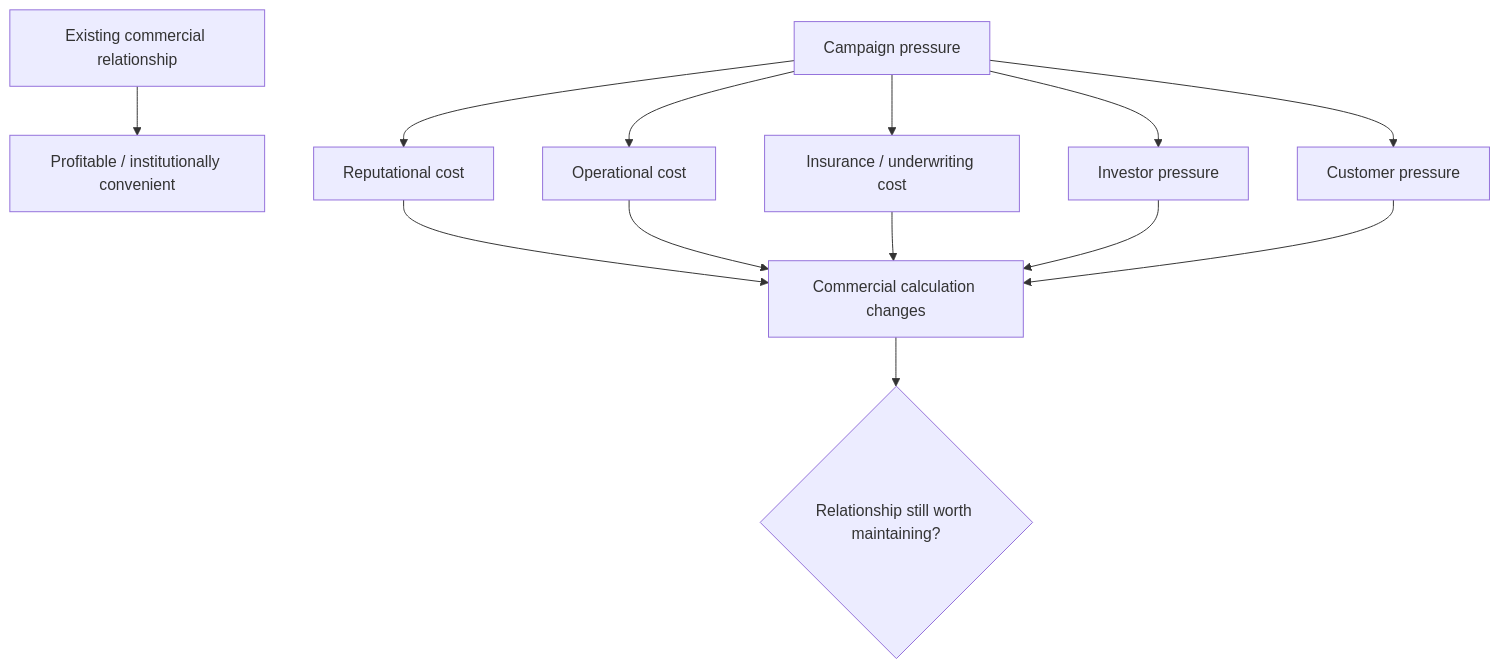
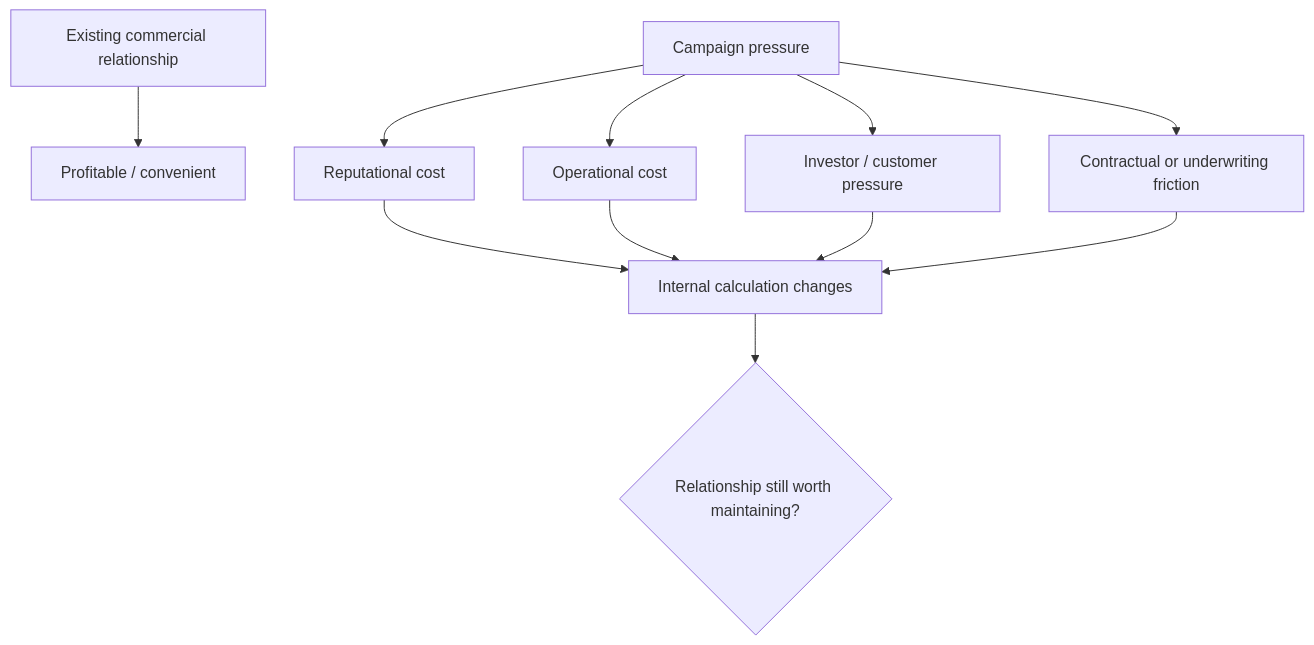
The eighth of 8 diagrams in 🌓_3_In_The_Moment/📲_Press_Matters/🇵🇸_Palestine_Factchecking/🌍_Global_Powers/🎯_what_was_bds_supposed_to_do.md (josefsbreakfast/Polaris-Protocol), drawn with Mermaid before and after one commit. The commit also changed other lines of this file, not shown here.

````diff
--- a/🌓_3_In_The_Moment/📲_Press_Matters/🇵🇸_Palestine_Factchecking/🌍_Global_Powers/🎯_what_was_bds_supposed_to_do.md
+++ b/🌓_3_In_The_Moment/📲_Press_Matters/🇵🇸_Palestine_Factchecking/🌍_Global_Powers/🎯_what_was_bds_supposed_to_do.md
@@ -507,20 +407,18 @@
 ```mermaid
 flowchart TD
     A[Existing commercial relationship]
-    --> B[Profitable / institutionally convenient]
+    --> B[Profitable / convenient]
 
     C[Campaign pressure]
     --> D[Reputational cost]
     C --> E[Operational cost]
-    C --> F[Insurance / underwriting cost]
-    C --> G[Investor pressure]
-    C --> H[Customer pressure]
+    C --> F[Investor / customer pressure]
+    C --> G[Contractual or underwriting friction]
 
-    D --> I[Commercial calculation changes]
-    E --> I
-    F --> I
-    G --> I
-    H --> I
+    D --> H[Internal calculation changes]
+    E --> H
+    F --> H
+    G --> H
 
-    I --> J{Relationship still worth maintaining?}
+    H --> I{Relationship still worth maintaining?}
 ```
````
